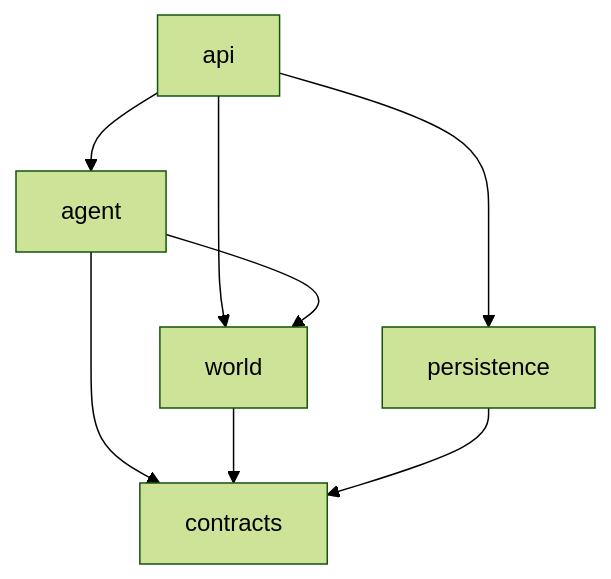
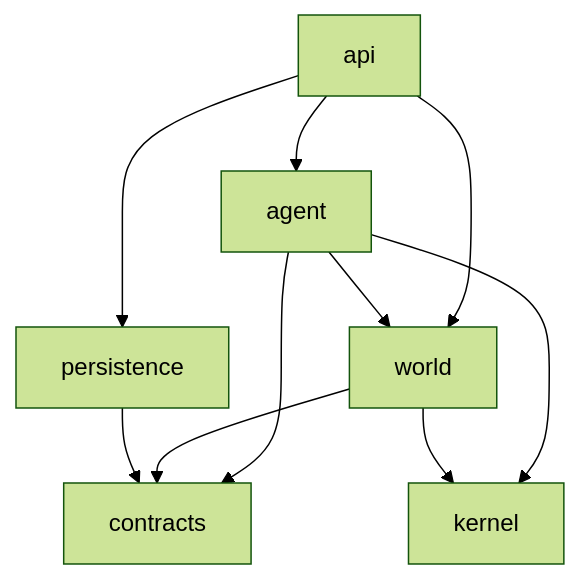
One commit to lulabs-org/embocraft changed the diagram in packages/agent-runtime/README.md. Above: the diagram before and after it, drawn with Mermaid (forest theme). The commit also changed other lines of this file and 16 other files, not shown here.

````diff
--- a/packages/agent-runtime/README.md
+++ b/packages/agent-runtime/README.md
@@ -116,10 +123,12 @@
 ```mermaid
 flowchart TD
   api[api] --> agent[agent]
   api --> world[world]
   api --> persistence[persistence]
   agent --> world
   agent --> contracts[contracts]
+  agent --> kernel[kernel]
   world --> contracts
+  world --> kernel
   persistence --> contracts
 ```
````
